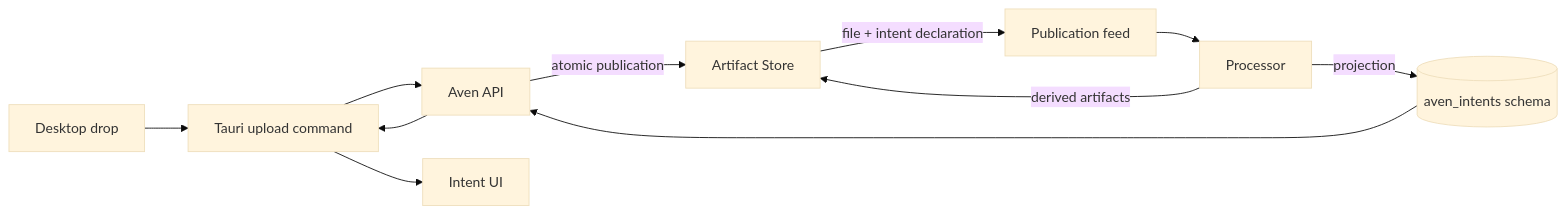
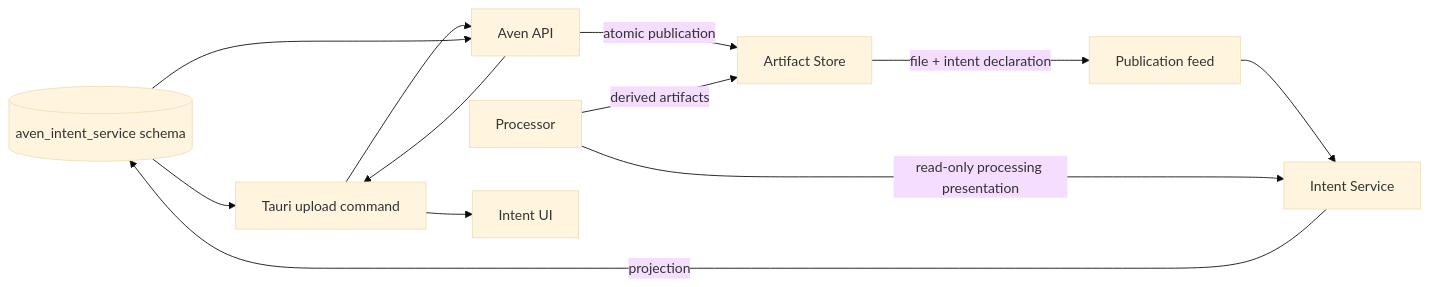
One commit to MyAvenCEO/avenOS changed the diagram in PERSISTENT-INTENT-IMPLEMENTATION-REPORT.md. Above: the diagram before and after it, drawn with Mermaid (base theme). The commit also changed other lines of this file and 12 other files, not shown here.

Commit message:
ci(deploy): ship standalone intent service

````diff
--- a/PERSISTENT-INTENT-IMPLEMENTATION-REPORT.md
+++ b/PERSISTENT-INTENT-IMPLEMENTATION-REPORT.md
@@ -19,13 +24,14 @@
 ```mermaid
 flowchart LR
     D[Desktop drop] --> T[Tauri upload command]
     T --> A[Aven API]
     A -->|atomic publication| S[Artifact Store]
     S -->|file + intent declaration| F[Publication feed]
-    F --> P[Processor]
-    P -->|projection| I[(aven_intents schema)]
+    F --> I[Intent Service]
+    I -->|projection| D[(aven_intent_service schema)]
+    P[Processor] -->|read-only processing presentation| I
     P -->|derived artifacts| S
-    I --> A
+    D --> A
     A --> T
     T --> U[Intent UI]
 ```
````
